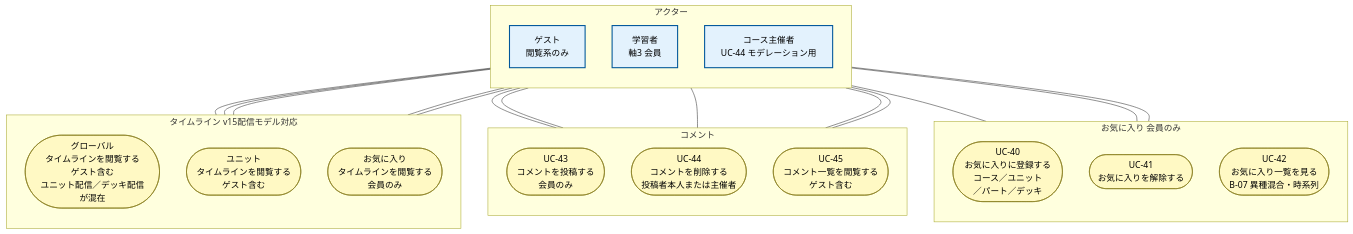
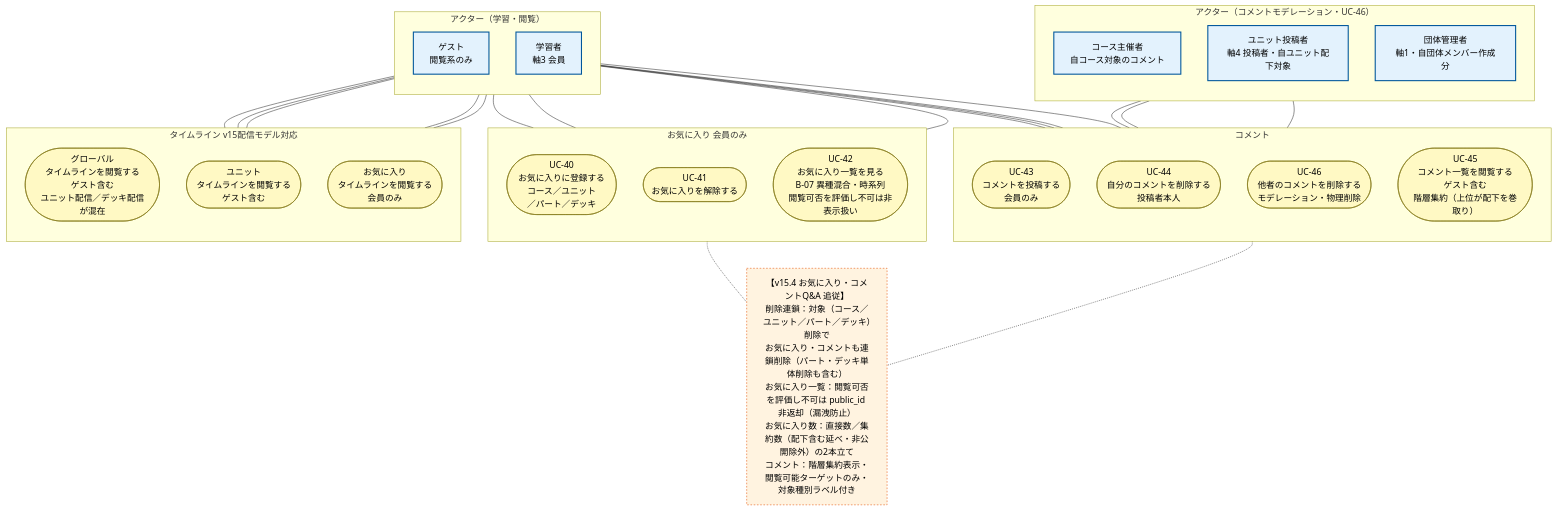
Before and after one commit to topicmaker-git/Pages: the diagram in choi/学習者アプリ_ユースケース図/学習者アプリ_ユースケース図_U4_お気に入りコメントタイムライン.mmd, drawn with Mermaid. The commit also changed 9 other files, not shown here.

```diff
--- a/choi/学習者アプリ_ユースケース図/学習者アプリ_ユースケース図_U4_お気に入りコメントタイムライン.mmd
+++ b/choi/学習者アプリ_ユースケース図/学習者アプリ_ユースケース図_U4_お気に入りコメントタイムライン.mmd
@@ -1,50 +1,65 @@
 flowchart TB
 
 classDef actor fill:#e3f2fd,stroke:#01579b,stroke-width:2px,color:#000
 classDef uc fill:#fff9c4,stroke:#827717,stroke-width:1px,color:#000
+classDef note fill:#fff3e0,stroke:#e65100,stroke-width:1px,stroke-dasharray:3 3,color:#000
 
-subgraph A_Actors["アクター"]
+subgraph A_Actors["アクター（学習・閲覧）"]
     direction TB
     Guest["ゲスト<br/>閲覧系のみ"]:::actor
     Learner["学習者<br/>軸3 会員"]:::actor
-    Owner["コース主催者<br/>UC-44 モデレーション用"]:::actor
+end
+
+subgraph A_Mod["アクター（コメントモデレーション・UC-46）"]
+    direction TB
+    Owner["コース主催者<br/>自コース対象のコメント"]:::actor
+    Poster["ユニット投稿者<br/>軸4 投稿者・自ユニット配下対象"]:::actor
+    OrgAdmin["団体管理者<br/>軸1・自団体メンバー作成分"]:::actor
 end
 
 subgraph UC_Fav["お気に入り 会員のみ"]
     direction TB
     UC40(["UC-40<br/>お気に入りに登録する<br/>コース／ユニット<br/>／パート／デッキ"])
     UC41(["UC-41<br/>お気に入りを解除する"])
-    UC42(["UC-42<br/>お気に入り一覧を見る<br/>B-07 異種混合・時系列"])
+    UC42(["UC-42<br/>お気に入り一覧を見る<br/>B-07 異種混合・時系列<br/>閲覧可否を評価し不可は非表示扱い"])
 end
 
 subgraph UC_Comment["コメント"]
     direction TB
     UC43(["UC-43<br/>コメントを投稿する<br/>会員のみ"])
-    UC44(["UC-44<br/>コメントを削除する<br/>投稿者本人または主催者"])
-    UC45(["UC-45<br/>コメント一覧を閲覧する<br/>ゲスト含む"])
+    UC44(["UC-44<br/>自分のコメントを削除する<br/>投稿者本人"])
+    UC46(["UC-46<br/>他者のコメントを削除する<br/>モデレーション・物理削除"])
+    UC45(["UC-45<br/>コメント一覧を閲覧する<br/>ゲスト含む<br/>階層集約（上位が配下を巻取り）"])
 end
 
 subgraph UC_Timeline["タイムライン v15配信モデル対応"]
     direction TB
     UCTLAll(["グローバル<br/>タイムラインを閲覧する<br/>ゲスト含む<br/>ユニット配信／デッキ配信が混在"])
     UCTLUnit(["ユニット<br/>タイムラインを閲覧する<br/>ゲスト含む"])
     UCTLFav(["お気に入り<br/>タイムラインを閲覧する<br/>会員のみ"])
 end
+
+NoteV154["【v15.4 お気に入り・コメントQ&A 追従】<br/>削除連鎖：対象（コース／ユニット／パート／デッキ）削除で<br/>お気に入り・コメントも連鎖削除（パート・デッキ単体削除も含む）<br/>お気に入り一覧：閲覧可否を評価し不可は public_id 非返却（漏洩防止）<br/>お気に入り数：直接数／集約数（配下含む延べ・非公開除外）の2本立て<br/>コメント：階層集約表示・閲覧可能ターゲットのみ・対象種別ラベル付き"]:::note
 
 Guest --- UC45
 Guest --- UCTLAll
 Guest --- UCTLUnit
 
 Learner --- UC40
 Learner --- UC41
 Learner --- UC42
 Learner --- UC43
 Learner --- UC44
 Learner --- UC45
 Learner --- UCTLAll
 Learner --- UCTLUnit
 Learner --- UCTLFav
 
-Owner --- UC44
+Owner --- UC46
+Poster --- UC46
+OrgAdmin --- UC46
 
-class UC40,UC41,UC42,UC43,UC44,UC45,UCTLAll,UCTLUnit,UCTLFav uc
+UC42 -.- NoteV154
+UC45 -.- NoteV154
+
+class UC40,UC41,UC42,UC43,UC44,UC45,UC46,UCTLAll,UCTLUnit,UCTLFav uc
```
